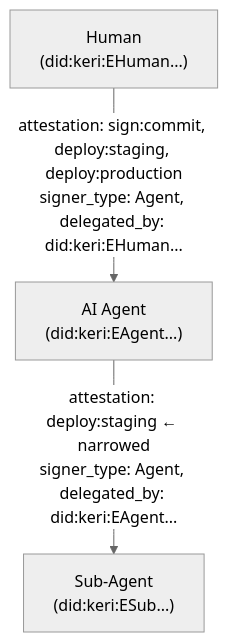
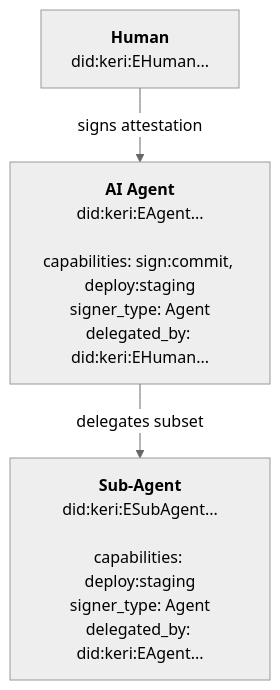
Before and after one commit to auths-dev/auths: the diagram in docs/getting-started/delegation.md, drawn with Mermaid (neutral theme). The commit also changed 53 other files, not shown here.

````diff
--- a/docs/getting-started/delegation.md
+++ b/docs/getting-started/delegation.md
@@ -9,9 +9,12 @@
 ```mermaid
 graph TD
-    H["Human<br/>(did:keri:EHuman...)"]
-    A["AI Agent<br/>(did:keri:EAgent...)"]
-    S["Sub-Agent<br/>(did:keri:ESub...)"]
+    H["<b>Human</b><br/>did:keri:EHuman..."]
 
-    H -->|"attestation: sign:commit, deploy:staging, deploy:production<br/>signer_type: Agent, delegated_by: did:keri:EHuman..."| A
-    A -->|"attestation: deploy:staging ← narrowed<br/>signer_type: Agent, delegated_by: did:keri:EAgent..."| S
+    H -- "signs attestation" --> A
+
+    A["<b>AI Agent</b><br/>did:keri:EAgent...<br/><br/>capabilities: sign:commit, deploy:staging<br/>signer_type: Agent<br/>delegated_by: did:keri:EHuman..."]
+
+    A -- "delegates subset" --> S
+
+    S["<b>Sub-Agent</b><br/>did:keri:ESubAgent...<br/><br/>capabilities: deploy:staging<br/>signer_type: Agent<br/>delegated_by: did:keri:EAgent..."]
 ```
````
